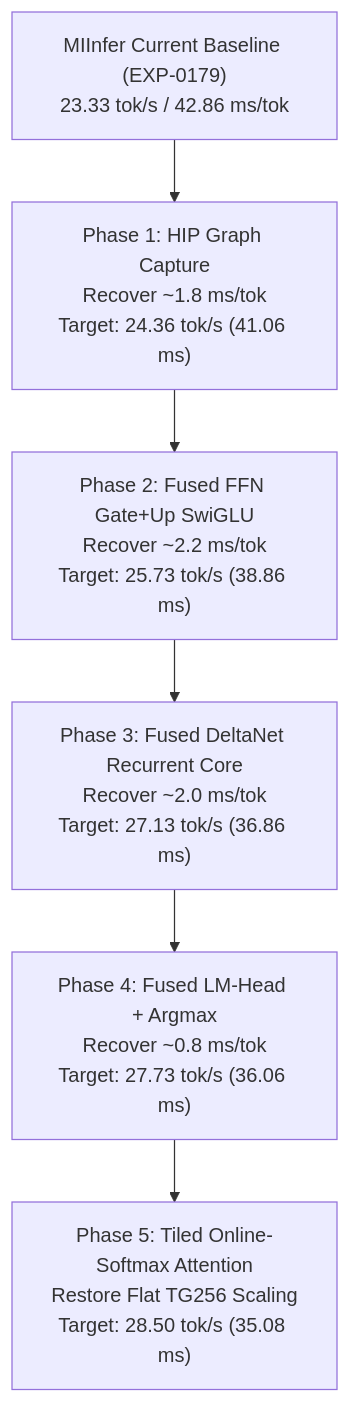
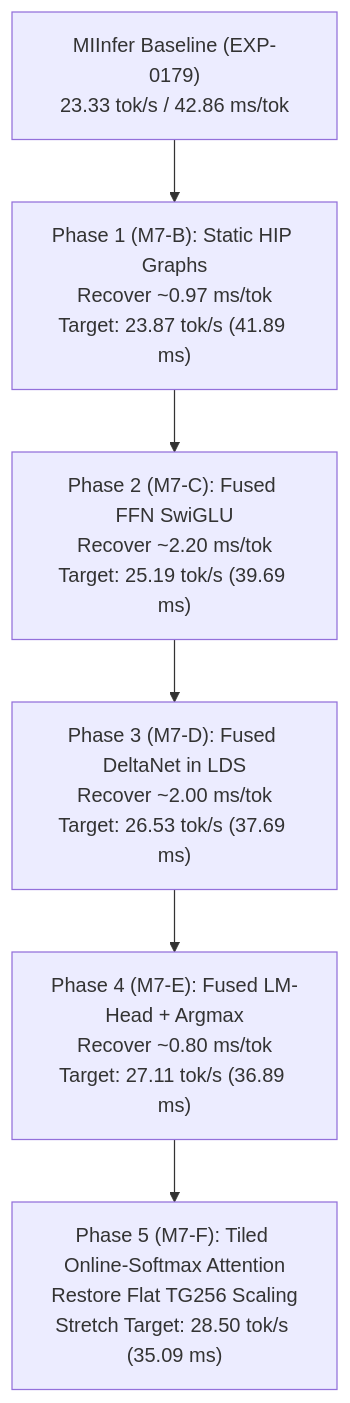
Before and after one commit to GionaGranchelli/MIInfer: the diagram in docs/M7-GFX906-PERFORMANCE-FRONTIER.md, drawn with Mermaid. The commit also changed other lines of this file and 4 other files, not shown here.

````diff
--- a/docs/M7-GFX906-PERFORMANCE-FRONTIER.md
+++ b/docs/M7-GFX906-PERFORMANCE-FRONTIER.md
@@ -204,8 +232,8 @@
 ```mermaid
 graph TD
-    A["MIInfer Current Baseline (EXP-0179)<br/>23.33 tok/s / 42.86 ms/tok"] --> B["Phase 1: HIP Graph Capture<br/>Recover ~1.8 ms/tok<br/>Target: 24.36 tok/s (41.06 ms)"]
-    B --> C["Phase 2: Fused FFN Gate+Up SwiGLU<br/>Recover ~2.2 ms/tok<br/>Target: 25.73 tok/s (38.86 ms)"]
-    C --> D["Phase 3: Fused DeltaNet Recurrent Core<br/>Recover ~2.0 ms/tok<br/>Target: 27.13 tok/s (36.86 ms)"]
-    D --> E["Phase 4: Fused LM-Head + Argmax<br/>Recover ~0.8 ms/tok<br/>Target: 27.73 tok/s (36.06 ms)"]
-    E --> F["Phase 5: Tiled Online-Softmax Attention<br/>Restore Flat TG256 Scaling<br/>Target: 28.50 tok/s (35.08 ms)"]
+    A["MIInfer Baseline (EXP-0179)<br/>23.33 tok/s / 42.86 ms/tok"] --> B["Phase 1 (M7-B): Static HIP Graphs<br/>Recover ~0.97 ms/tok<br/>Target: 23.87 tok/s (41.89 ms)"]
+    B --> C["Phase 2 (M7-C): Fused FFN SwiGLU<br/>Recover ~2.20 ms/tok<br/>Target: 25.19 tok/s (39.69 ms)"]
+    C --> D["Phase 3 (M7-D): Fused DeltaNet in LDS<br/>Recover ~2.00 ms/tok<br/>Target: 26.53 tok/s (37.69 ms)"]
+    D --> E["Phase 4 (M7-E): Fused LM-Head + Argmax<br/>Recover ~0.80 ms/tok<br/>Target: 27.11 tok/s (36.89 ms)"]
+    E --> F["Phase 5 (M7-F): Tiled Online-Softmax Attention<br/>Restore Flat TG256 Scaling<br/>Stretch Target: 28.50 tok/s (35.09 ms)"]
 ```
````
